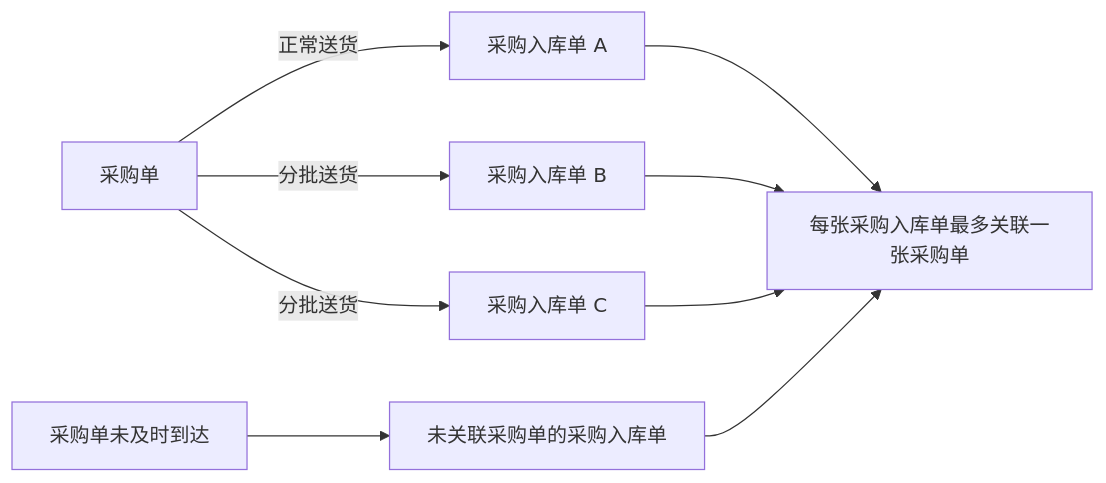
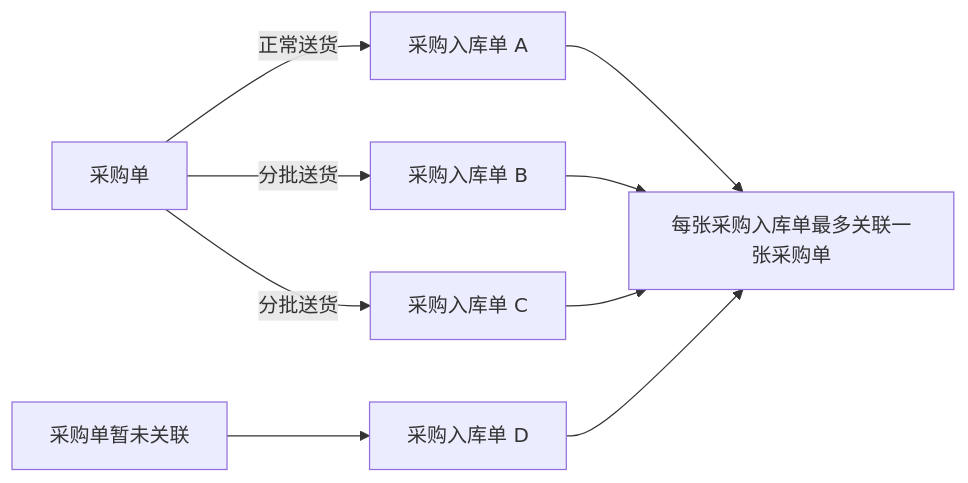
The first of 2 diagrams in purchase-field-spec.md (Xky114514/Xky114514.github.io), drawn with Mermaid before and after one commit. The commit also changed other lines of this file and 3 other files, not shown here.

````diff
--- a/purchase-field-spec.md
+++ b/purchase-field-spec.md
@@ -78,11 +63,11 @@
 ```mermaid
 flowchart LR
   PO["采购单"] -->|"正常送货"| IN1["采购入库单 A"]
   PO -->|"分批送货"| IN2["采购入库单 B"]
   PO -->|"分批送货"| IN3["采购入库单 C"]
-  NONE["采购单未及时到达"] --> IN4["未关联采购单的采购入库单"]
+  NONE["采购单暂未关联"] --> IN4["采购入库单 D"]
   IN1 --> RULE["每张采购入库单最多关联一张采购单"]
   IN2 --> RULE
   IN3 --> RULE
   IN4 --> RULE
 ```
````
